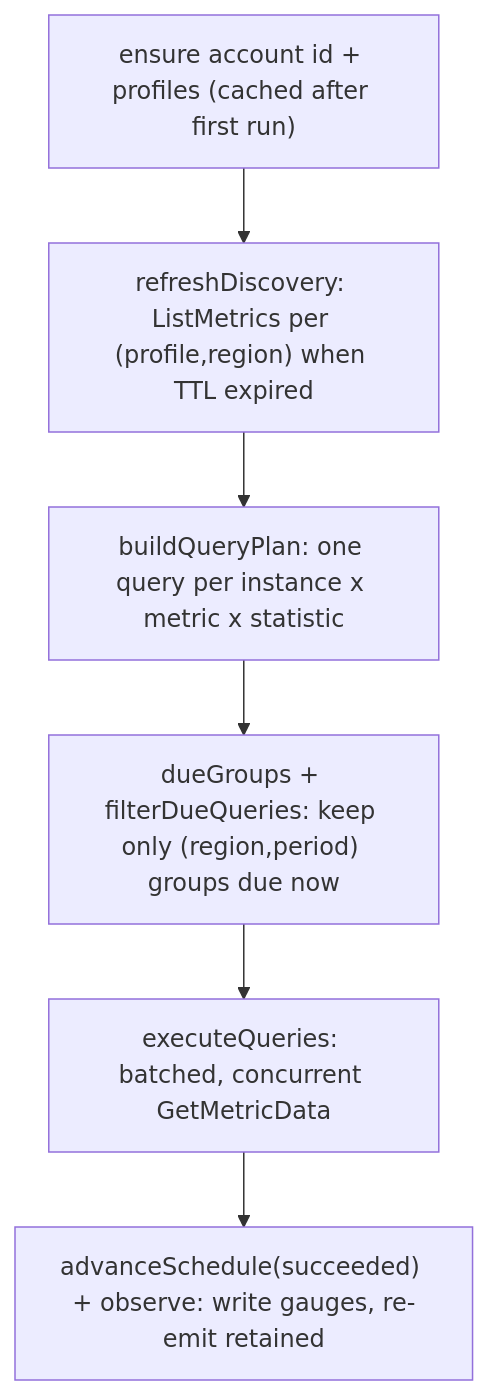
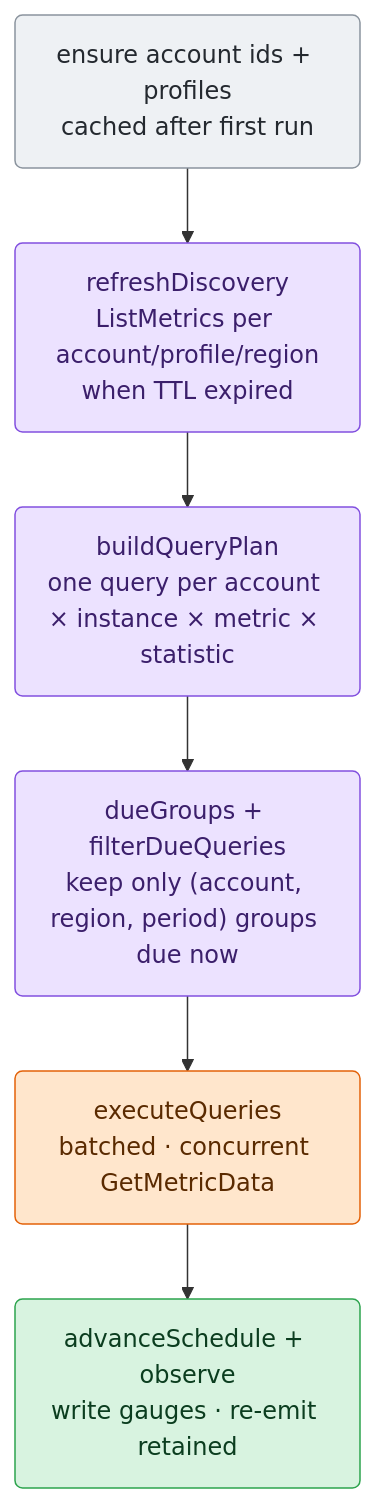
One commit to netdata/netdata changed the third of 3 diagrams in src/go/plugin/go.d/collector/cloudwatch/ARCHITECTURE.md. Above: the diagram before and after it, drawn with Mermaid. The commit also changed other lines of this file, not shown here.

First line of the commit message:
docs(go.d/cloudwatch): make ARCHITECTURE.md a top-down read with coloured diagrams

````diff
--- a/src/go/plugin/go.d/collector/cloudwatch/ARCHITECTURE.md
+++ b/src/go/plugin/go.d/collector/cloudwatch/ARCHITECTURE.md
@@ -70,11 +117,21 @@
 ```mermaid
 flowchart TD
-    A["ensure account id + profiles (cached after first run)"]
-    B["refreshDiscovery: ListMetrics per (profile,region) when TTL expired"]
-    C["buildQueryPlan: one query per instance x metric x statistic"]
-    D["dueGroups + filterDueQueries: keep only (region,period) groups due now"]
-    E["executeQueries: batched, concurrent GetMetricData"]
-    F["advanceSchedule(succeeded) + observe: write gauges, re-emit retained"]
+    A("ensure account ids + profiles<br/>cached after first run")
+    B("refreshDiscovery<br/>ListMetrics per account/profile/region<br/>when TTL expired")
+    C("buildQueryPlan<br/>one query per account × instance × metric × statistic")
+    D("dueGroups + filterDueQueries<br/>keep only (account, region, period) groups due now")
+    E("executeQueries<br/>batched · concurrent GetMetricData")
+    F("advanceSchedule + observe<br/>write gauges · re-emit retained")
 
     A --> B --> C --> D --> E --> F
+
+    classDef input fill:#eef1f4,stroke:#8b949e,color:#24292f;
+    classDef sched fill:#ece2ff,stroke:#8250df,color:#3b1f6b;
+    classDef effect fill:#ffe6cc,stroke:#e36209,color:#5a2a00;
+    classDef commit fill:#d8f3e0,stroke:#2da44e,color:#0b3d1f;
+
+    class A input
+    class B,C,D sched
+    class E effect
+    class F commit
 ```
````
